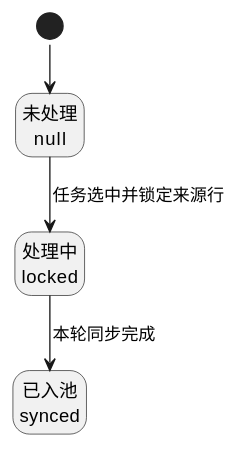
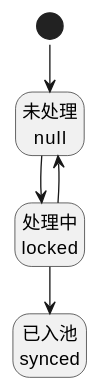
Before and after one commit to jack888332/projects-doc: the ninth of 19 diagrams in product-caliber/bms/prd/账单系统.PRD.md, drawn with PlantUML. The commit also changed other lines of this file, not shown here.

````diff
--- a/product-caliber/bms/prd/账单系统.PRD.md
+++ b/product-caliber/bms/prd/账单系统.PRD.md
@@ -1468,14 +1523,15 @@
 ```plantuml
 @startuml
 !pragma layout smetana
 hide empty description
 
 state "未处理\nnull" as Unreviewed
 state "处理中\nlocked" as Locked
 state "已入池\nsynced" as Synced
 
 [*] --> Unreviewed
-Unreviewed --> Locked : 任务选中并锁定来源行
-Locked --> Synced : 本轮同步完成
+Unreviewed --> Locked
+Locked --> Synced
+Locked --> Unreviewed
 @enduml
 ```
````
